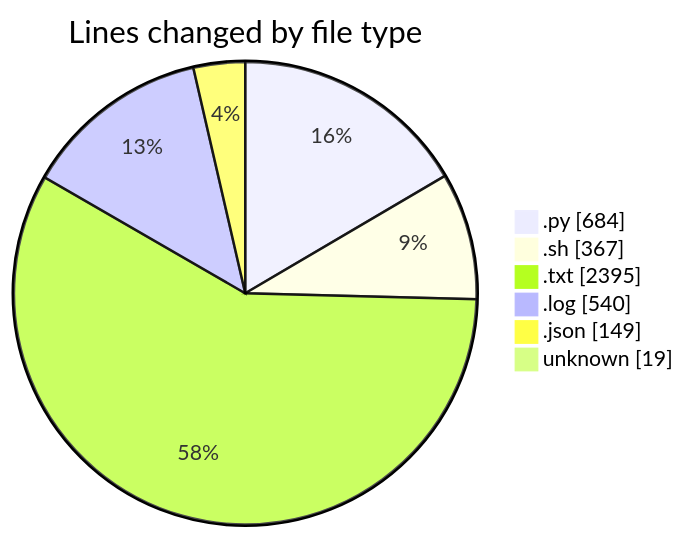
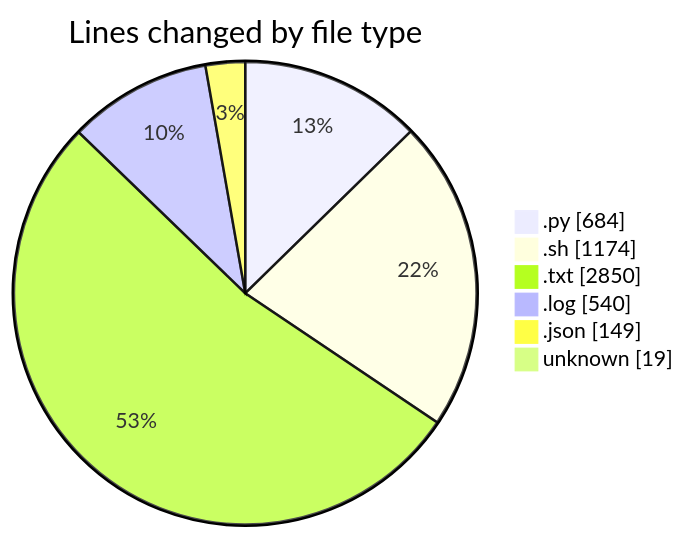
Before and after one commit to Unknowalive/code-tracking: the first of 2 diagrams in 2026-04-11/scripting_workshop/README.md, drawn with Mermaid. The commit also changed other lines of this file and 1 other file, not shown here.

````diff
--- a/2026-04-11/scripting_workshop/README.md
+++ b/2026-04-11/scripting_workshop/README.md
@@ -36,10 +39,10 @@
 ```mermaid
 pie showData
 title Lines changed by file type
 ".py" : 684
-".sh" : 367
-".txt" : 2395
+".sh" : 1174
+".txt" : 2850
 ".log" : 540
 ".json" : 149
 "unknown" : 19
 ```
````
